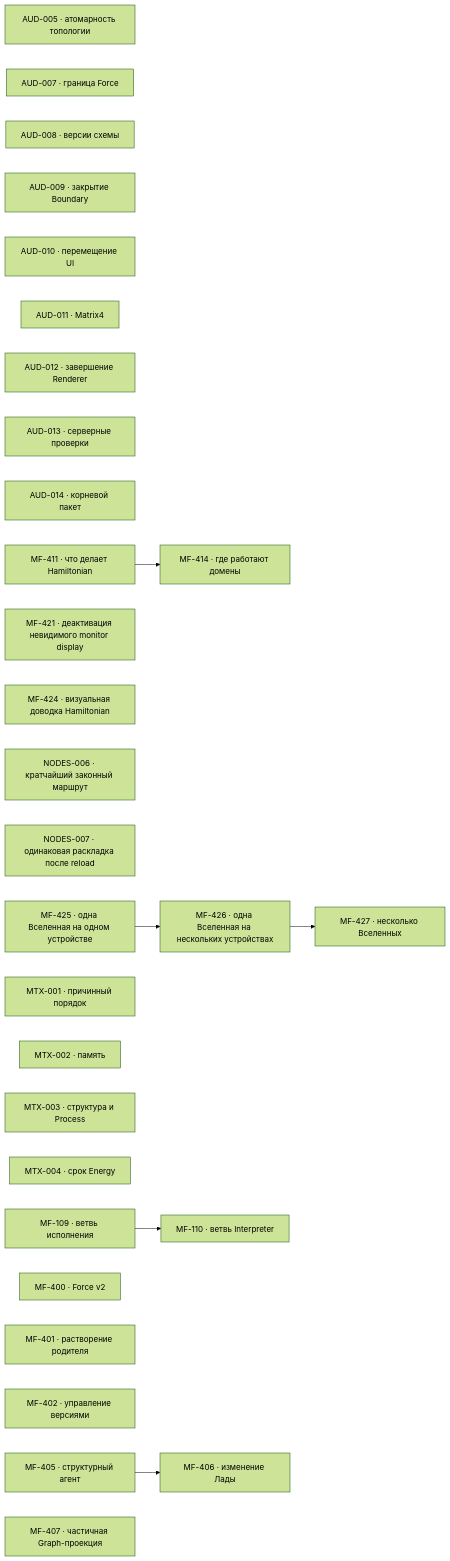
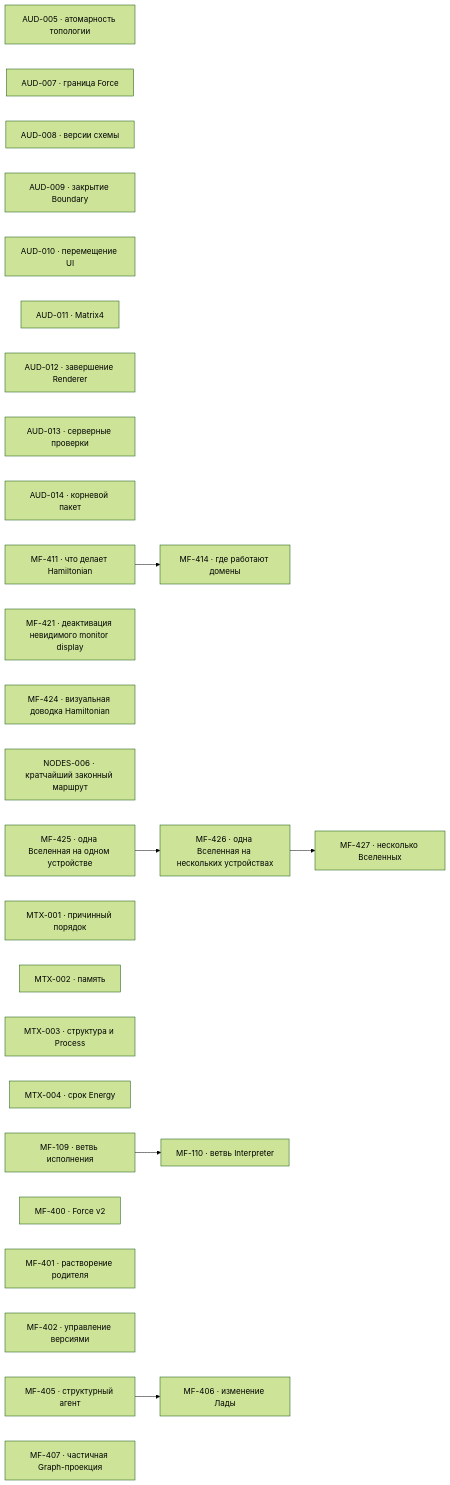
Before and after one commit to zavx0z/metafor: the diagram in project/TODO.md, drawn with Mermaid (forest theme). The commit also changed other lines of this file and 10 other files, not shown here.

````diff
--- a/project/TODO.md
+++ b/project/TODO.md
@@ -13,38 +13,37 @@
 ```mermaid
 flowchart LR
     AUD005["AUD-005 · атомарность топологии"]
     AUD007["AUD-007 · граница Force"]
     AUD008["AUD-008 · версии схемы"]
     AUD009["AUD-009 · закрытие Boundary"]
     AUD010["AUD-010 · перемещение UI"]
     AUD011["AUD-011 · Matrix4"]
     AUD012["AUD-012 · завершение Renderer"]
     AUD013["AUD-013 · серверные проверки"]
     AUD014["AUD-014 · корневой пакет"]
     MF411["MF-411 · что делает Hamiltonian"]
     MF414["MF-414 · где работают домены"]
     MF421["MF-421 · деактивация невидимого monitor display"]
     MF424["MF-424 · визуальная доводка Hamiltonian"]
     NODES006["NODES-006 · кратчайший законный маршрут"]
-    NODES007["NODES-007 · одинаковая раскладка после reload"]
     MF425["MF-425 · одна Вселенная на одном устройстве"]
     MF426["MF-426 · одна Вселенная на нескольких устройствах"]
     MF427["MF-427 · несколько Вселенных"]
     MTX001["MTX-001 · причинный порядок"]
     MTX002["MTX-002 · память"]
     MTX003["MTX-003 · структура и Process"]
     MTX004["MTX-004 · срок Energy"]
     MF109["MF-109 · ветвь исполнения"]
     MF110["MF-110 · ветвь Interpreter"]
     MF400["MF-400 · Force v2"]
     MF401["MF-401 · растворение родителя"]
     MF402["MF-402 · управление версиями"]
     MF405["MF-405 · структурный агент"]
     MF406["MF-406 · изменение Лады"]
     MF407["MF-407 · частичная Graph-проекция"]
     MF109 --> MF110
     MF405 --> MF406
     MF411 --> MF414
     MF425 --> MF426
     MF426 --> MF427
 ```
````
